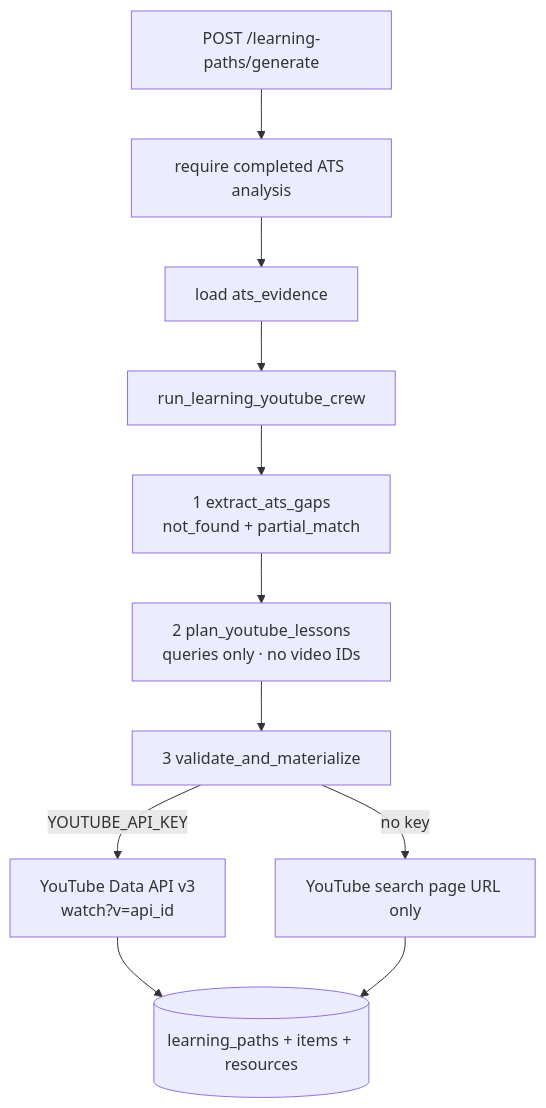
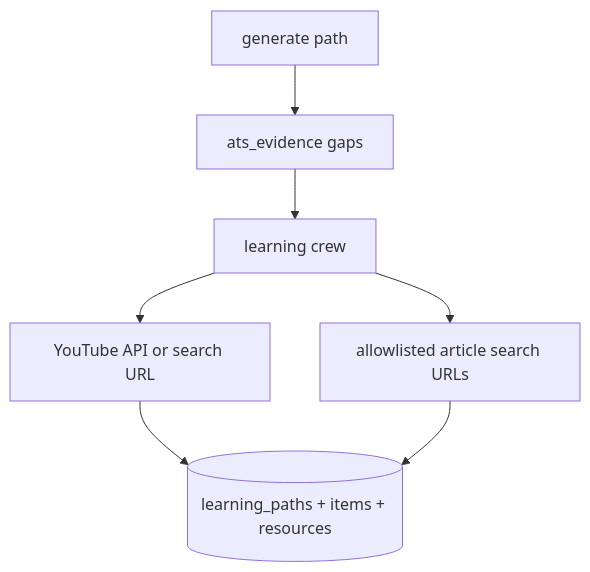
Before and after one commit to RonakkudalAI/AI-Career-Copilot: the seventh of 8 diagrams in docs/DOCUMENTATION.md, drawn with Mermaid. The commit also changed other lines of this file and 28 other files, not shown here.

````diff
--- a/docs/DOCUMENTATION.md
+++ b/docs/DOCUMENTATION.md
@@ -1211,13 +942,9 @@
 ```mermaid
 flowchart TB
-  GEN["POST /learning-paths/generate"] --> REQ[require completed ATS analysis]
-  REQ --> EV[load ats_evidence]
-  EV --> CREW["run_learning_youtube_crew"]
-  CREW --> T1["1 extract_ats_gaps<br/>not_found + partial_match"]
-  T1 --> T2["2 plan_youtube_lessons<br/>queries only · no video IDs"]
-  T2 --> T3["3 validate_and_materialize"]
-  T3 -->|YOUTUBE_API_KEY| YT["YouTube Data API v3<br/>watch?v=api_id"]
-  T3 -->|no key| SRCH["YouTube search page URL only"]
-  YT --> SAVE[("learning_paths + items + resources")]
-  SRCH --> SAVE
+  GEN[generate path] --> EV[ats_evidence gaps]
+  EV --> CREW[learning crew]
+  CREW --> YT[YouTube API or search URL]
+  CREW --> ART[allowlisted article search URLs]
+  YT --> SAVE[(learning_paths + items + resources)]
+  ART --> SAVE
 ```
````
